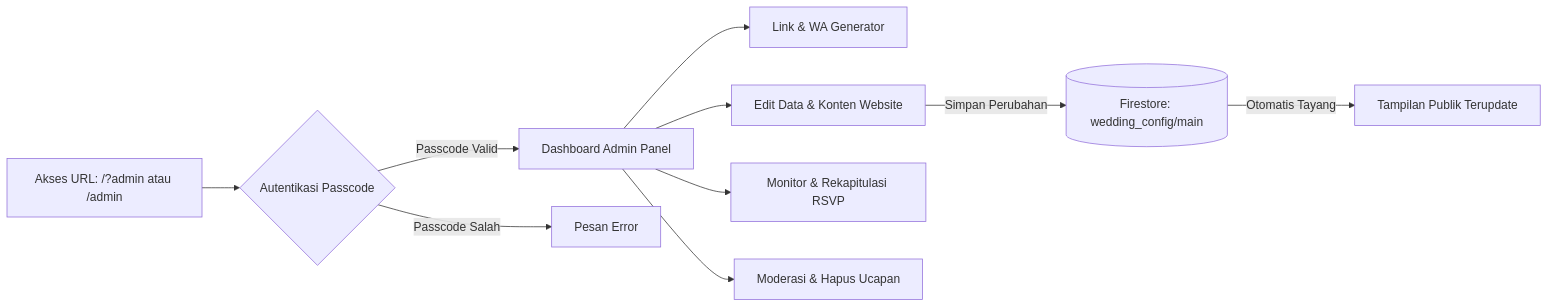
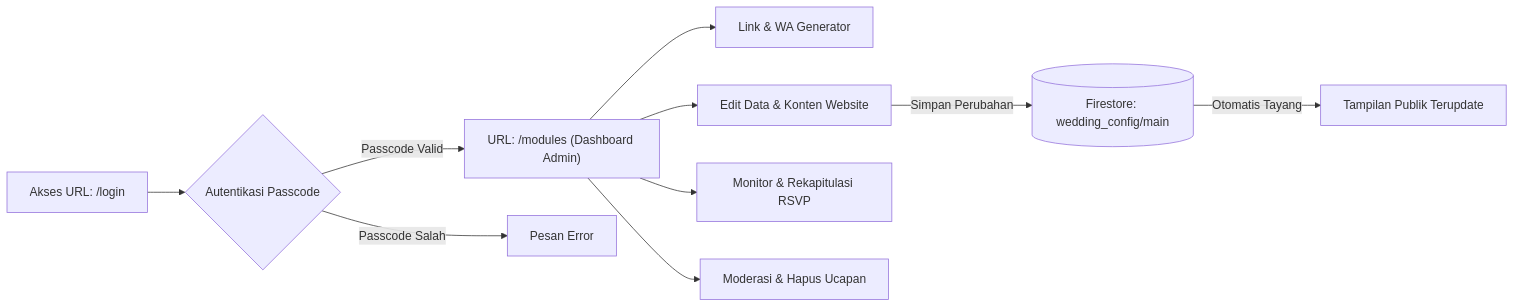
Before and after one commit to hndko/app_weddingbetawi_react: the second of 2 diagrams in README.md, drawn with Mermaid. The commit also changed other lines of this file and 10 other files, not shown here.

Commit message:
feat(router): refactor admin to login and modules

````diff
--- a/README.md
+++ b/README.md
@@ -102,12 +102,12 @@
 ```mermaid
 graph LR
-    A["Akses URL: /?admin atau /admin"] --> B{"Autentikasi Passcode"}
-    B -->|"Passcode Valid"| C["Dashboard Admin Panel"]
+    A["Akses URL: /login"] --> B{"Autentikasi Passcode"}
+    B -->|"Passcode Valid"| C["URL: /modules (Dashboard Admin)"]
     B -->|"Passcode Salah"| D["Pesan Error"]
     C --> E["Link & WA Generator"]
     C --> F["Edit Data & Konten Website"]
     C --> G["Monitor & Rekapitulasi RSVP"]
     C --> H["Moderasi & Hapus Ucapan"]
     F -->|"Simpan Perubahan"| I[("Firestore: wedding_config/main")]
     I -->|"Otomatis Tayang"| J["Tampilan Publik Terupdate"]
 ```
````
